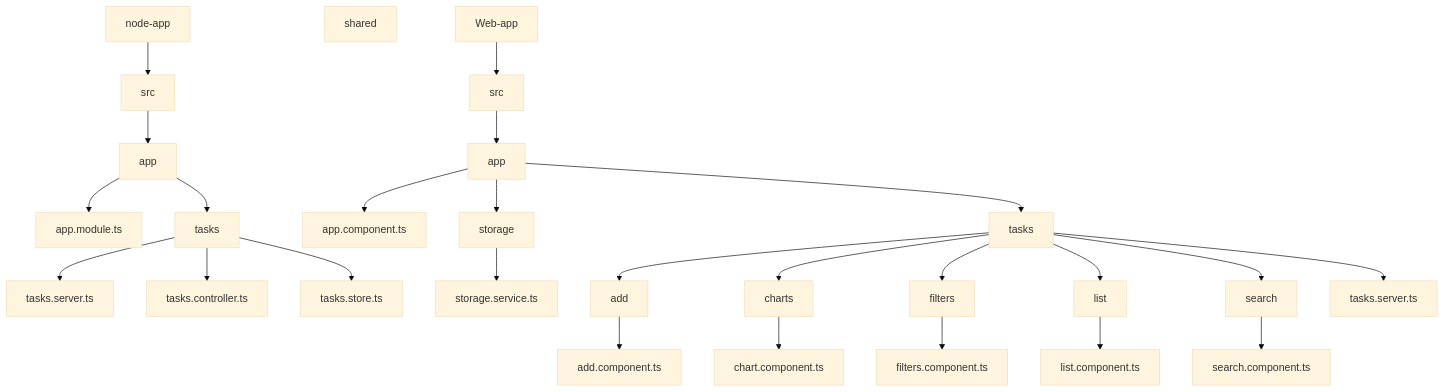
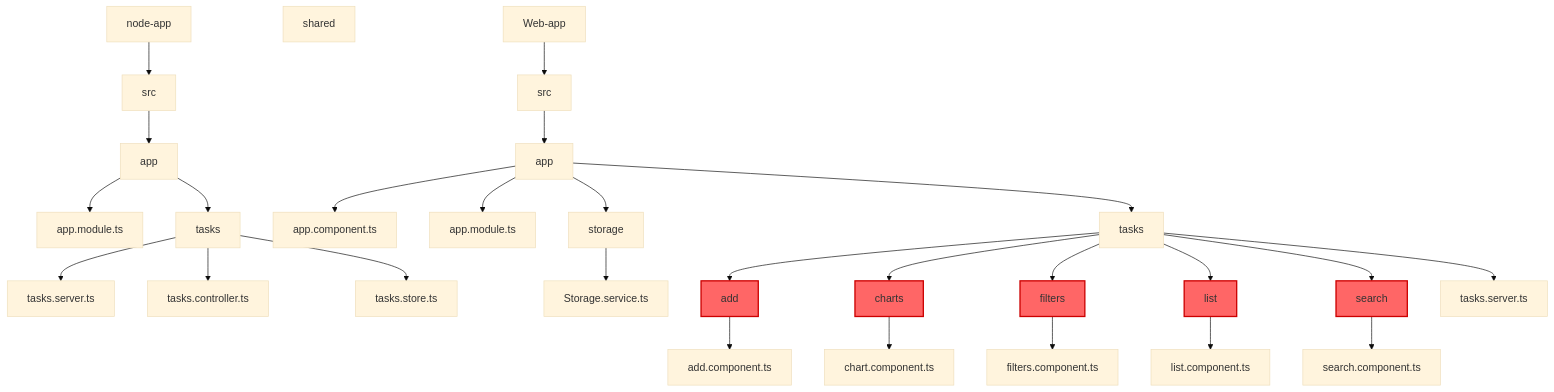
Before and after one commit to yanliu1111/user-task-app-angular-project: the diagram in README.md, drawn with Mermaid (base theme).

````diff
--- a/README.md
+++ b/README.md
@@ -97,31 +97,34 @@
 ```mermaid
 graph TD;
   A[node-app] --> B[src]
   B --> D[app]
   D --> E1[app.module.ts]
   D --> F1[tasks]
   F1 --> G[tasks.server.ts]
   F1 --> H[tasks.controller.ts]
   F1 --> I[tasks.store.ts]
 
   A1[shared]
 
   A2[Web-app] --> B1[src]
   B1 --> D1[app]
   D1 --> E2[app.component.ts]
-  D1 --> F2[storage]
-  F2 --> G2[storage.service.ts]
+  D1 --> F2[app.module.ts]
+  D1 --> G2[storage]
+  G2 --> H3[Storage.service.ts]
   D1 --> H2[tasks]
-  H2 --> I2[add]
+  H2 --> I2[add]:::red
   I2 --> J2[add.component.ts]
-  H2 --> K2[charts]
+  H2 --> K2[charts]:::red
   K2 --> L2[chart.component.ts]
-  H2 --> M2[filters]
+  H2 --> M2[filters]:::red
   M2 --> N2[filters.component.ts]
-  H2 --> O2[list]
+  H2 --> O2[list]:::red
   O2 --> P2[list.component.ts]
-  H2 --> Q2[search]
+  H2 --> Q2[search]:::red
   Q2 --> R2[search.component.ts]
   H2 --> S2[tasks.server.ts]
 
+  classDef red fill:#ff6666,stroke:#cc0000,stroke-width:2px;
+
 ```
````
